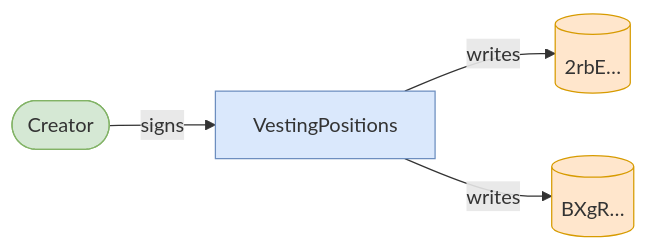
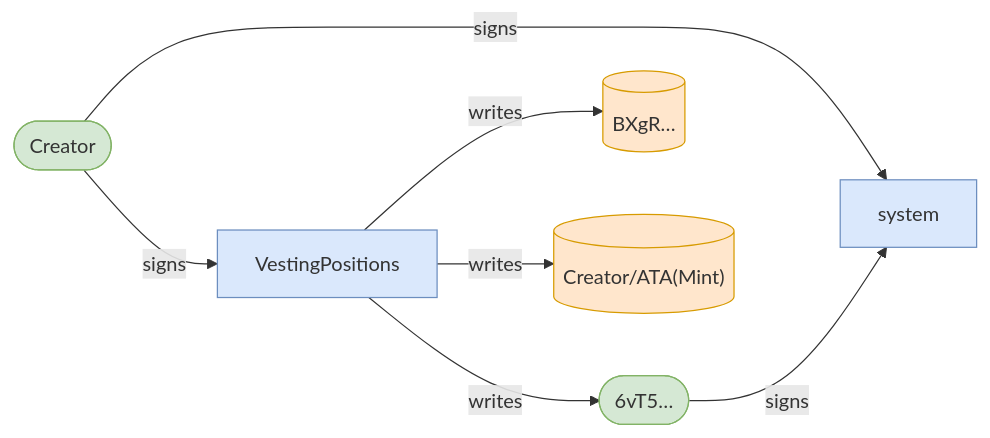
The second of 3 diagrams in babelfish-tests/test-report/clawback_unclaimed_before_grace_fails.md (cds-turbin3/vesting-position), drawn with Mermaid before and after one commit. The commit also changed other lines of this file and 50 other files, not shown here.

````diff
--- a/babelfish-tests/test-report/clawback_unclaimed_before_grace_fails.md
+++ b/babelfish-tests/test-report/clawback_unclaimed_before_grace_fails.md
@@ -16,13 +21,18 @@
 ```mermaid
 flowchart LR
     VestingPositions["VestingPositions"]:::program
     Creator(["Creator"]):::signer
-    2rbE[("2rbE…")]:::state
+    6vT5(["6vT5…"]):::signer
     BXgR[("BXgR…")]:::state
+    CreatorATAMint[("Creator/ATA(Mint)")]:::state
+    system["system"]:::program
     Creator -->|signs| VestingPositions
-    VestingPositions -->|writes| 2rbE
+    VestingPositions -->|writes| 6vT5
     VestingPositions -->|writes| BXgR
+    VestingPositions -->|writes| CreatorATAMint
+    Creator -->|signs| system
+    6vT5 -->|signs| system
     classDef program fill:#dae8fc,stroke:#6c8ebf;
     classDef signer fill:#d5e8d4,stroke:#82b366;
     classDef state fill:#ffe6cc,stroke:#d79b00;
 ```
````
